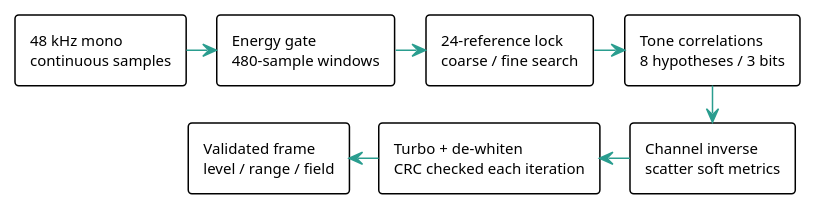
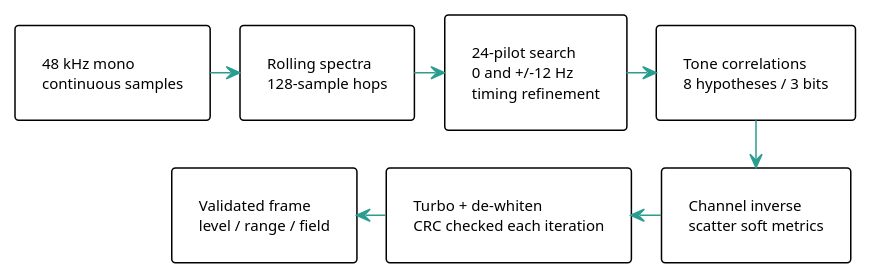
The diagram in docs/whitepaper/diagrams/modem-dsp-index.puml (8r4n/linkwise), drawn with PlantUML before and after one commit. The commit also changed 39 other files, not shown here.

```diff
--- a/docs/whitepaper/diagrams/modem-dsp-index.puml
+++ b/docs/whitepaper/diagrams/modem-dsp-index.puml
@@ -1,25 +1,26 @@
 @startuml Linkwise_DSP_Index
 !theme plain
 skinparam backgroundColor #FFFFFF
 skinparam shadowing false
+skinparam Padding 8
 skinparam defaultFontName "Latin Modern Roman"
 skinparam defaultFontSize 10
 skinparam ArrowColor #2A9D8F
 skinparam packageStyle rectangle
 skinparam nodesep 20
 skinparam ranksep 25
 top to bottom direction
 rectangle "48 kHz mono\ncontinuous samples" as Audio
-rectangle "Energy gate\n480-sample windows" as Gate
-rectangle "24-reference lock\ncoarse / fine search" as Lock
+rectangle "Rolling spectra\n128-sample hops" as Gate
+rectangle "24-pilot search\n0 and +/-12 Hz\ntiming refinement" as Lock
 rectangle "Tone correlations\n8 hypotheses / 3 bits" as Metrics
 rectangle "Channel inverse\nscatter soft metrics" as Interleave
 rectangle "Turbo + de-whiten\nCRC checked each iteration" as Decode
 rectangle "Validated frame\nlevel / range / field" as Frame
 Audio -right-> Gate
 Gate -right-> Lock
 Lock -right-> Metrics
 Metrics -down-> Interleave
 Interleave -left-> Decode
 Decode -left-> Frame
 @enduml
```
